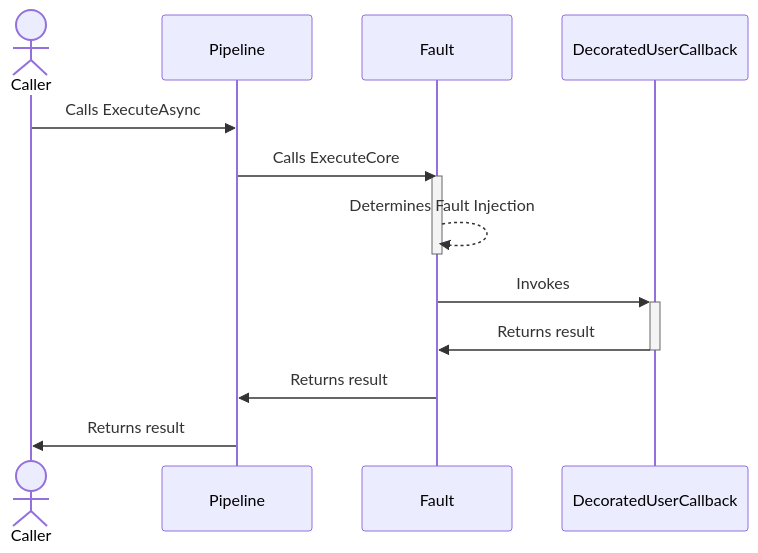
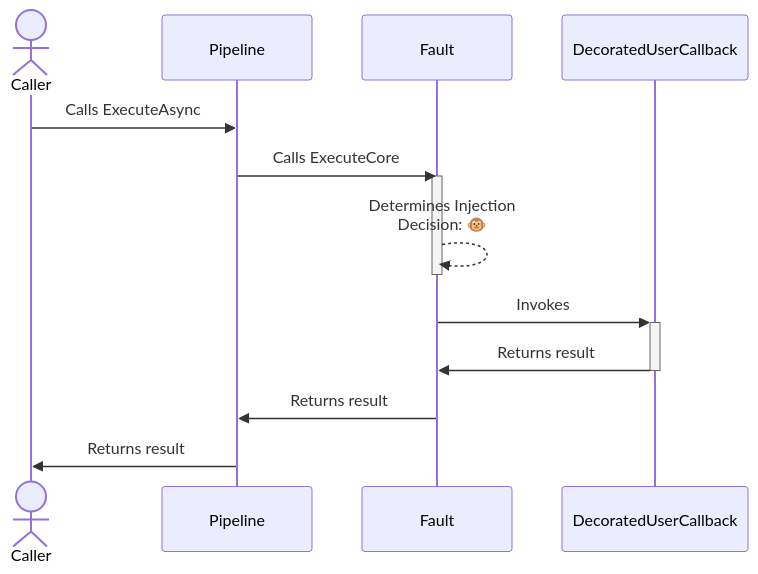
One commit to App-vNext/Polly changed the first of 2 diagrams in docs/chaos/fault.md. Above: the diagram before and after it, drawn with Mermaid. The commit also changed other lines of this file and 3 other files, not shown here.

````diff
--- a/docs/chaos/fault.md
+++ b/docs/chaos/fault.md
@@ -104,17 +104,17 @@
 ```mermaid
 sequenceDiagram
     actor C as Caller
     participant P as Pipeline
     participant F as Fault
     participant D as DecoratedUserCallback
 
     C->>P: Calls ExecuteAsync
     P->>F: Calls ExecuteCore
     activate F
-    F-->>F: Determines Fault Injection
+    F-->>F: Determines Injection<br/>Decision: 🐵
     deactivate F
     F->>+D: Invokes
     D->>-F: Returns result
     F->>P: Returns result
     P->>C: Returns result
 ```
````
